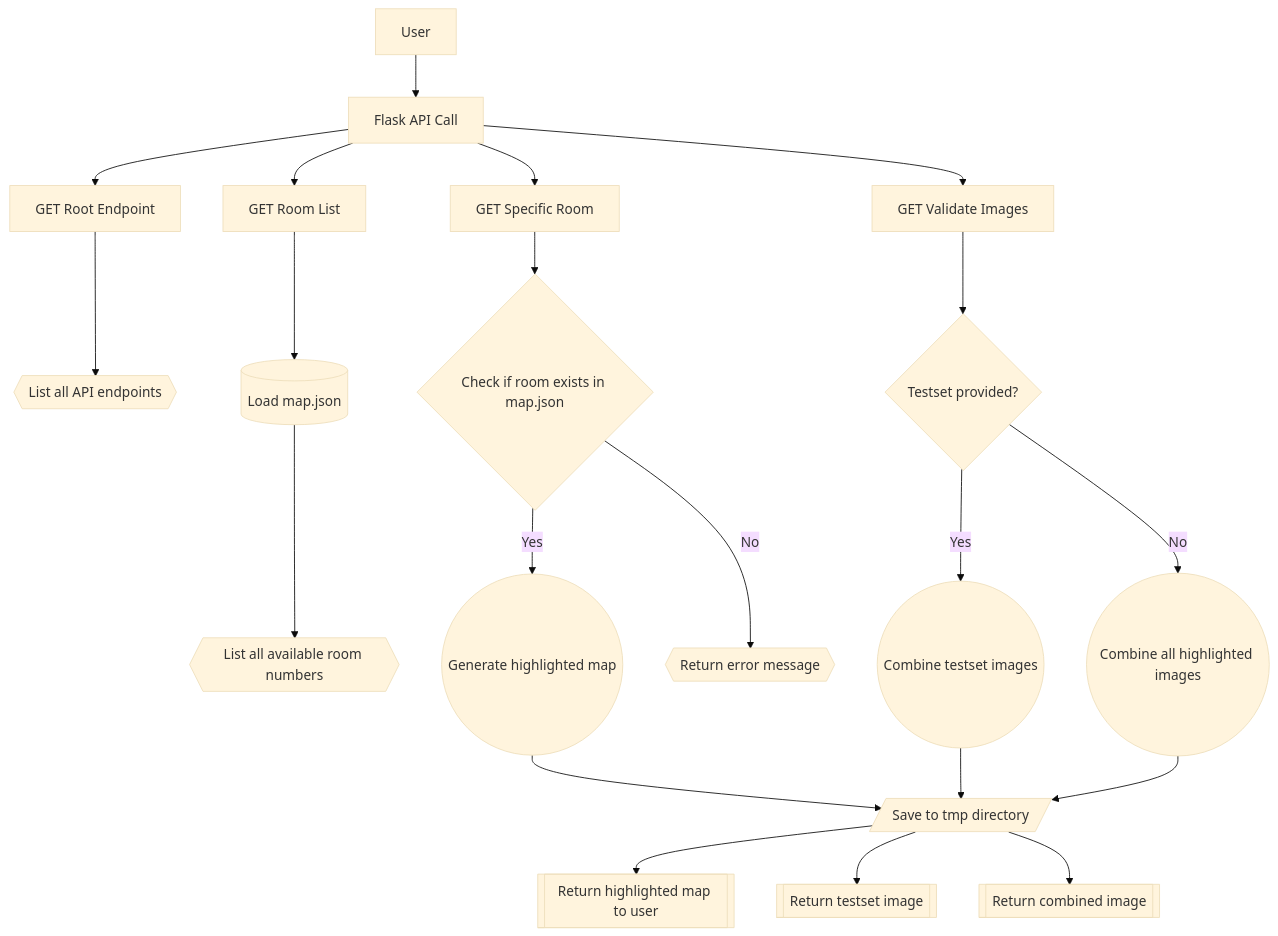
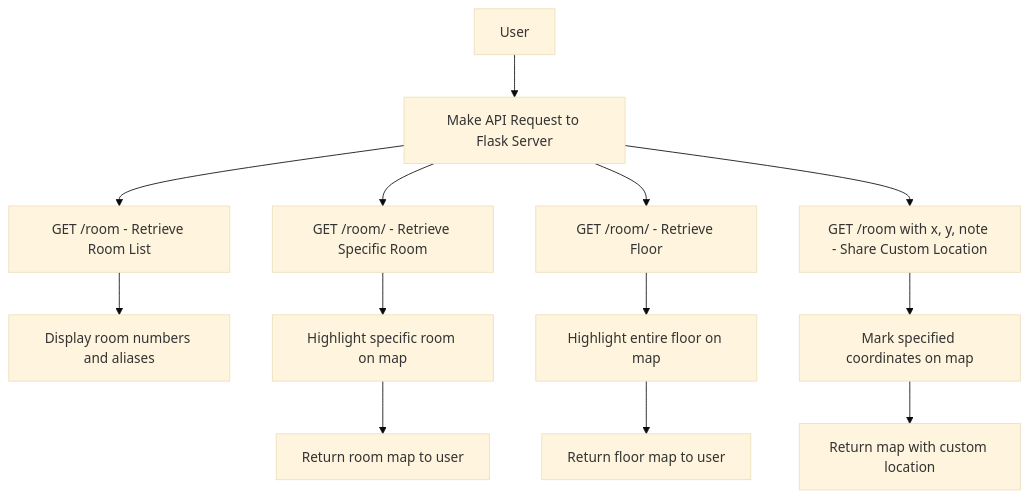
One commit to seokho-son/meetmap changed the second of 2 diagrams in README.md. Above: the diagram before and after it, drawn with Mermaid (base theme). The commit also changed other lines of this file, not shown here.

````diff
--- a/README.md
+++ b/README.md
@@ -131,29 +220,19 @@
 ```mermaid
 graph TD
-    %% User interactions
-    U1[User] --> API_CALL[Flask API Call]
+    U1[User] --> API_CALL[Make API Request to Flask Server]
 
-    %% API Call Workflow
-    API_CALL --> GET_ROOT[GET Root Endpoint]
-    GET_ROOT --> LIST_APIS{{List all API endpoints}}
+    API_CALL --> GET_ROOMS[GET /room - Retrieve Room List]
+    GET_ROOMS --> DISPLAY_ROOMS[Display room numbers and aliases]
 
-    API_CALL --> GET_ROOMS[GET Room List]
-    GET_ROOMS --> LOAD_JSON[(Load map.json)]
-    LOAD_JSON --> LIST_ROOMS{{List all available room numbers}}
+    API_CALL --> GET_ROOM[GET /room/<room_number> - Retrieve Specific Room]
+    GET_ROOM --> HIGHLIGHT_ROOM[Highlight specific room on map]
+    HIGHLIGHT_ROOM --> RETURN_ROOM[Return room map to user]
 
-    API_CALL --> GET_ROOM[GET Specific Room]
-    GET_ROOM --> ROOM_CHECK{Check if room exists in map.json}
-    ROOM_CHECK -->|Yes| HIGHLIGHT((Generate highlighted map))
-    HIGHLIGHT --> TMP_DIR[/"Save to tmp directory"/]
-    TMP_DIR --> RETURN_MAP[[Return highlighted map to user]]
-    ROOM_CHECK -->|No| ERROR{{Return error message}}
+    API_CALL --> GET_FLOOR[GET /room/<building-floor> - Retrieve Floor]
+    GET_FLOOR --> HIGHLIGHT_FLOOR[Highlight entire floor on map]
+    HIGHLIGHT_FLOOR --> RETURN_FLOOR[Return floor map to user]
 
-    API_CALL --> VALIDATE[GET Validate Images]
-    VALIDATE --> CHECK_TESTSET{Testset provided?}
-    CHECK_TESTSET -->|Yes| COMBINE_TESTSET((Combine testset images))
-    COMBINE_TESTSET --> TMP_DIR
-    TMP_DIR --> RETURN_TESTSET[[Return testset image]]
-    CHECK_TESTSET -->|No| COMBINE_ALL((Combine all highlighted images))
-    COMBINE_ALL --> TMP_DIR
-    TMP_DIR --> RETURN_COMBINED[[Return combined image]]
+    API_CALL --> CUSTOM_LOCATION[GET /room with x, y, note - Share Custom Location]
+    CUSTOM_LOCATION --> MARK_LOCATION[Mark specified coordinates on map]
+    MARK_LOCATION --> RETURN_CUSTOM[Return map with custom location]
 ```
````
